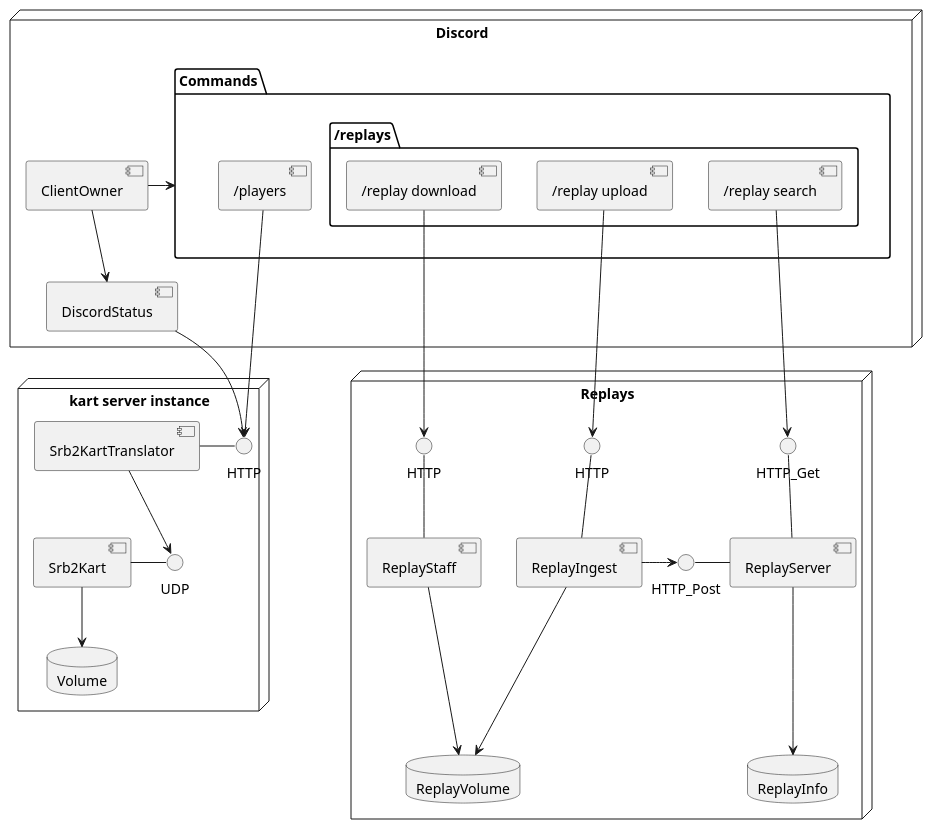
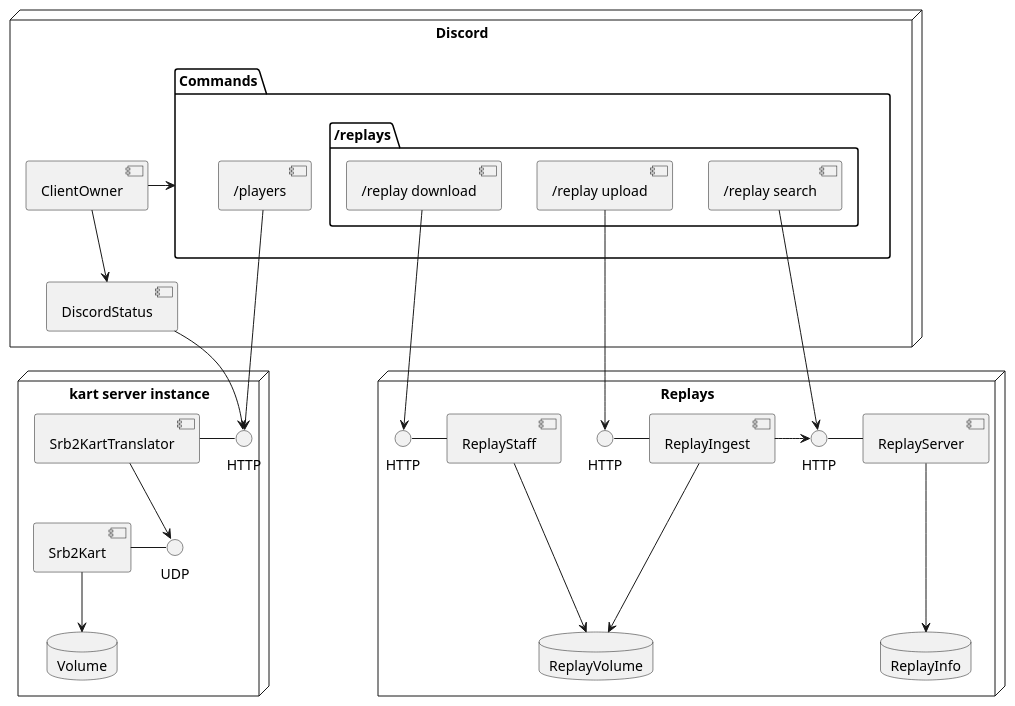
Before and after one commit to formulabun/architecture: the diagram in topLevel.puml, drawn with PlantUML. The commit also changed 1 other file, not shown here.

Commit message:
only one HTTP server for simplicity

```diff
--- a/topLevel.puml
+++ b/topLevel.puml
@@ -1,95 +1,93 @@
 @startuml
 node "kart server instance" {
   interface HTTP as ServerInfoHTTP
   interface UDP as ServerInfoUDP
 
   database Volume
 
   [Srb2Kart] - ServerInfoUDP
   [Srb2KartTranslator] - ServerInfoHTTP
 
   Srb2KartTranslator --> ServerInfoUDP
 
   Srb2Kart --> Volume
 }
 
 node "Replays" {
-  interface HTTP_Get as ReplayInfoGet
-  interface HTTP_Post as ReplayInfoPost
+  interface HTTP as ReplayInfoHTTP
   interface HTTP as ReplayUploadHTTP
   interface HTTP as ReplayStaffHTTP
 
-  [ReplayServer] -up- ReplayInfoGet
-  [ReplayServer] -left- ReplayInfoPost
-  [ReplayIngest] -up- ReplayUploadHTTP
-  [ReplayStaff] -up- ReplayStaffHTTP
+  [ReplayServer] -left- ReplayInfoHTTP
+  [ReplayIngest] -left- ReplayUploadHTTP
+  [ReplayStaff] -left- ReplayStaffHTTP
 
   database ReplayInfo
   database ReplayVolume
 
   ReplayServer ---> ReplayInfo
-  ReplayIngest --right-> ReplayInfoPost
+  ReplayIngest --right-> ReplayInfoHTTP
 
   ReplayIngest ---> ReplayVolume
   ReplayStaff ---> ReplayVolume
 }
 
 node Discord {
   [ClientOwner]
   [DiscordStatus] 
 
   package Commands {
     [/players] ---> ServerInfoHTTP
 
     package "/replays" {
       [/replay download] ---> ReplayStaffHTTP
       [/replay upload] ---> ReplayUploadHTTP
-      [/replay search] ---> ReplayInfoGet
+      [/replay search] ---> ReplayInfoHTTP
     }
   }
 
   DiscordStatus -up-> ServerInfoHTTP 
 
   ClientOwner -right-> Commands
   ClientOwner --> DiscordStatus
 }
 
 ' Works in Progres
 /'
 node Website {
   [StatusUI] -->  ServerInfoHTTP
   [AddonUI] --> AddonCRUDHTTP
 }
 '/
 
 /'
 node "Command Line" {
   package "CLI Commands" {
     [cli Status]
     [cli Addons]
     [cli Server Instance]
 
     [cli Status] --> ServerInfoHTTP
     [cli Addons] --> AddonCRUDHTTP
     [cli Server Instance]
   }
 }
 '/
 
 /'
 node "Instance Management TODO" {
 }
 '/
 
 /'
 node "Addon Management" {
   interface HTTP as AddonCRUDHTTP
   [AddonCRUD] - AddonCRUDHTTP
 
   database AddonMetadata
 
   AddonCRUD --> AddonMetadata
 }
 '/
 
 @enduml
```
